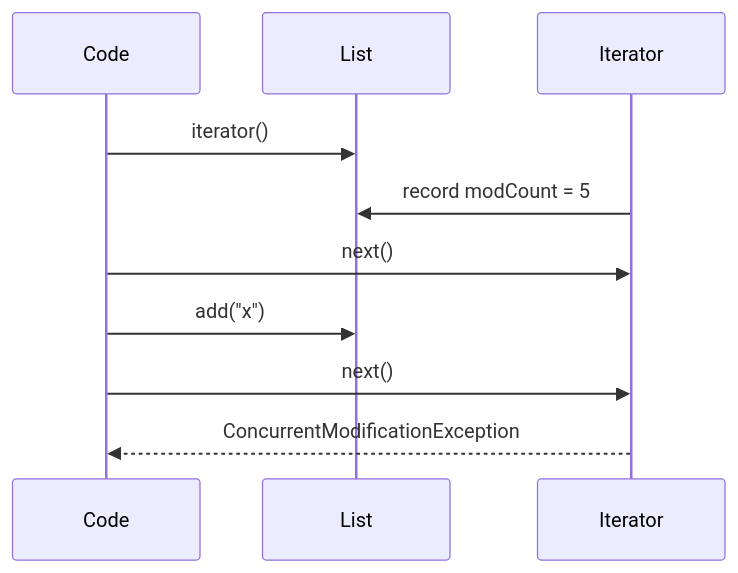
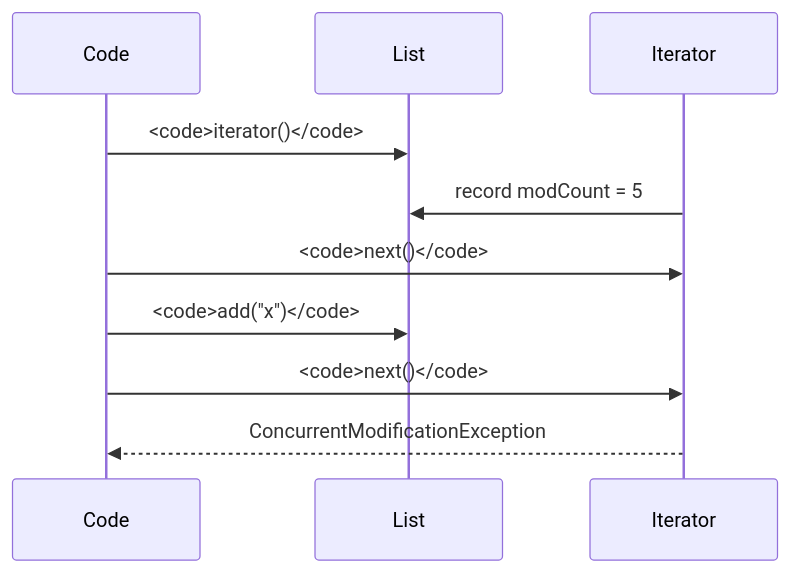
One commit to dataslope/dataslope changed the diagram in content/courses/java-collections-and-generics-deep-dive/iteration-patterns.mdx. Above: the diagram before and after it, drawn with Mermaid. The commit also changed 65 other files, not shown here.

First line of the commit message:
Set code in every mermaid label in the mono face

````diff
--- a/content/courses/java-collections-and-generics-deep-dive/iteration-patterns.mdx
+++ b/content/courses/java-collections-and-generics-deep-dive/iteration-patterns.mdx
@@ -274,12 +274,12 @@
 ```mermaid
 sequenceDiagram
     participant Code
     participant List
     participant Iter as Iterator
-    Code->>List: iterator()
+    Code->>List: <code>iterator()</code>
     Iter->>List: record modCount = 5
-    Code->>Iter: next()
-    Code->>List: add("x")        # modCount = 6
-    Code->>Iter: next()
+    Code->>Iter: <code>next()</code>
+    Code->>List: <code>add("x")</code>        # modCount = 6
+    Code->>Iter: <code>next()</code>
     Iter-->>Code: ConcurrentModificationException
 ```
````
